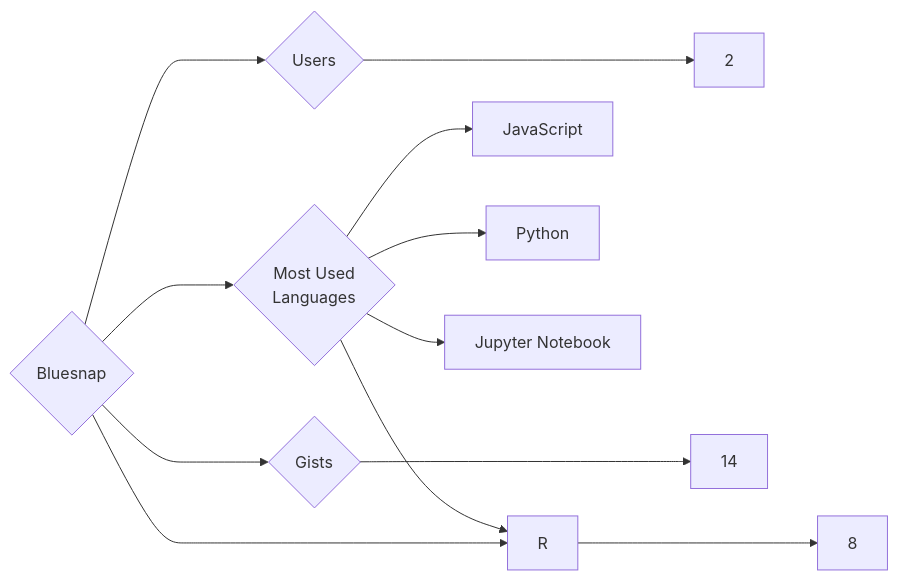
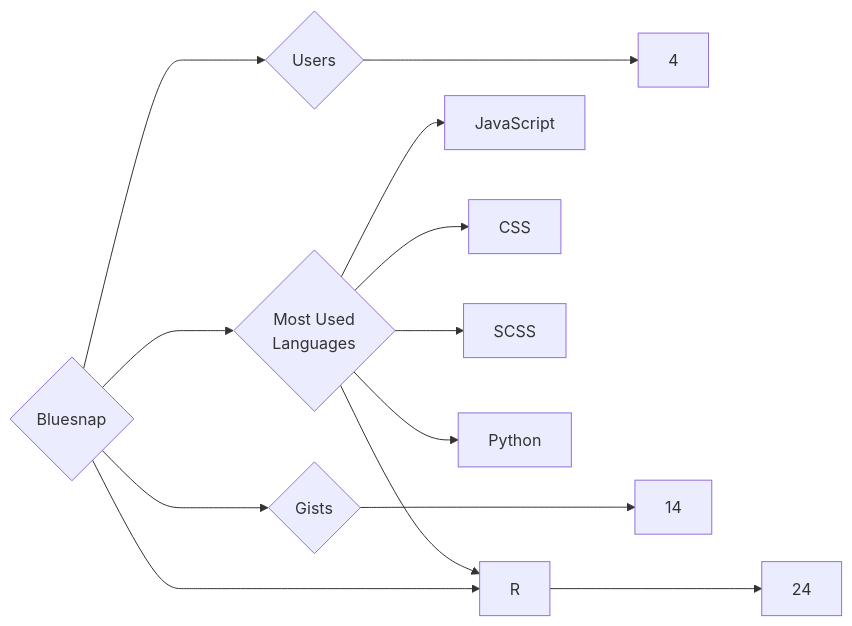
One commit to trickest/insiders changed the diagram in targets/Bluesnap/README.md. Above: the diagram before and after it, drawn with Mermaid. The commit also changed 440 other files, not shown here.

````diff
--- a/targets/Bluesnap/README.md
+++ b/targets/Bluesnap/README.md
@@ -3,12 +3,13 @@
 ```mermaid
 graph LR
 COMPANY_NAME{Bluesnap}
-COMPANY_NAME ---> U{Users} ---> UN[2]
-COMPANY_NAME ---> R{Repositories} ---> RN[8]
+COMPANY_NAME ---> U{Users} ---> UN[4]
+COMPANY_NAME ---> R{Repositories} ---> RN[24]
 COMPANY_NAME ---> G{Gists} ---> GN[14]
 COMPANY_NAME ---> ML{Most Used<br>Languages}
 ML --> JavaScript[JavaScript]
+ML --> CSS[CSS]
+ML --> SCSS[SCSS]
 ML --> R[R]
 ML --> Python[Python]
-ML --> Jupyter_Notebook[Jupyter Notebook]
 ```
````
